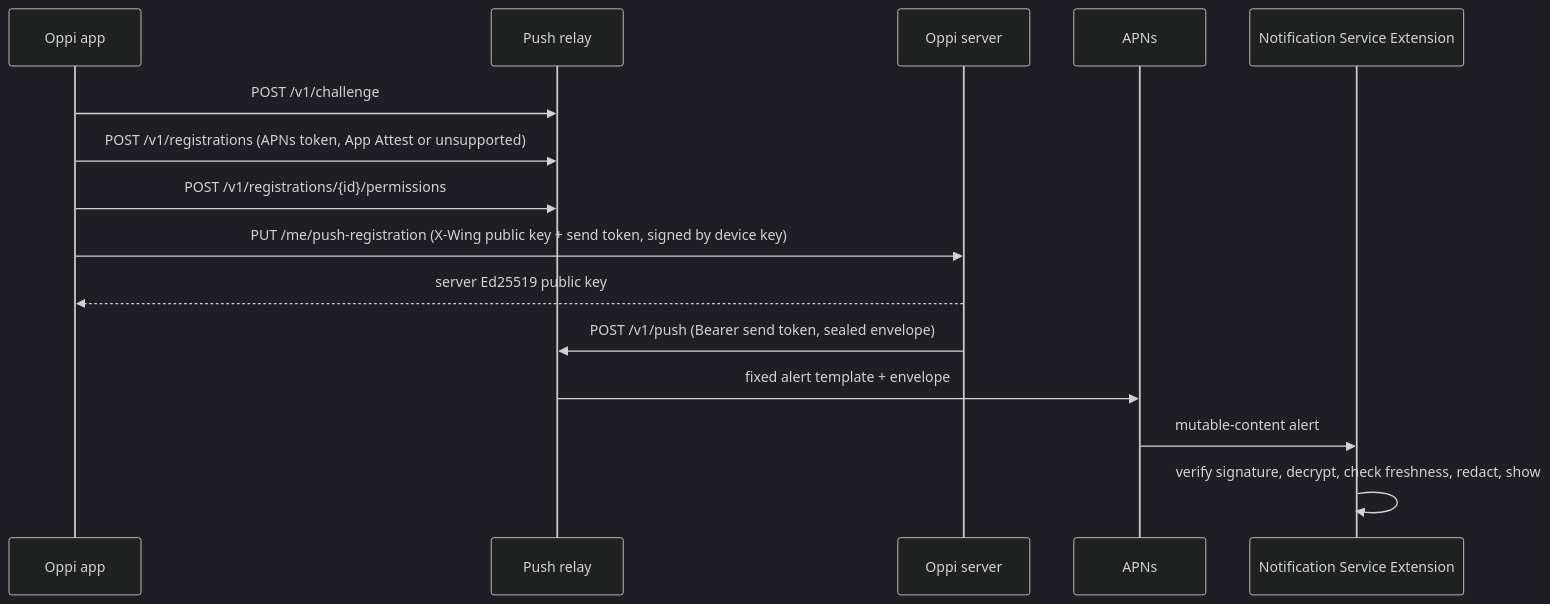
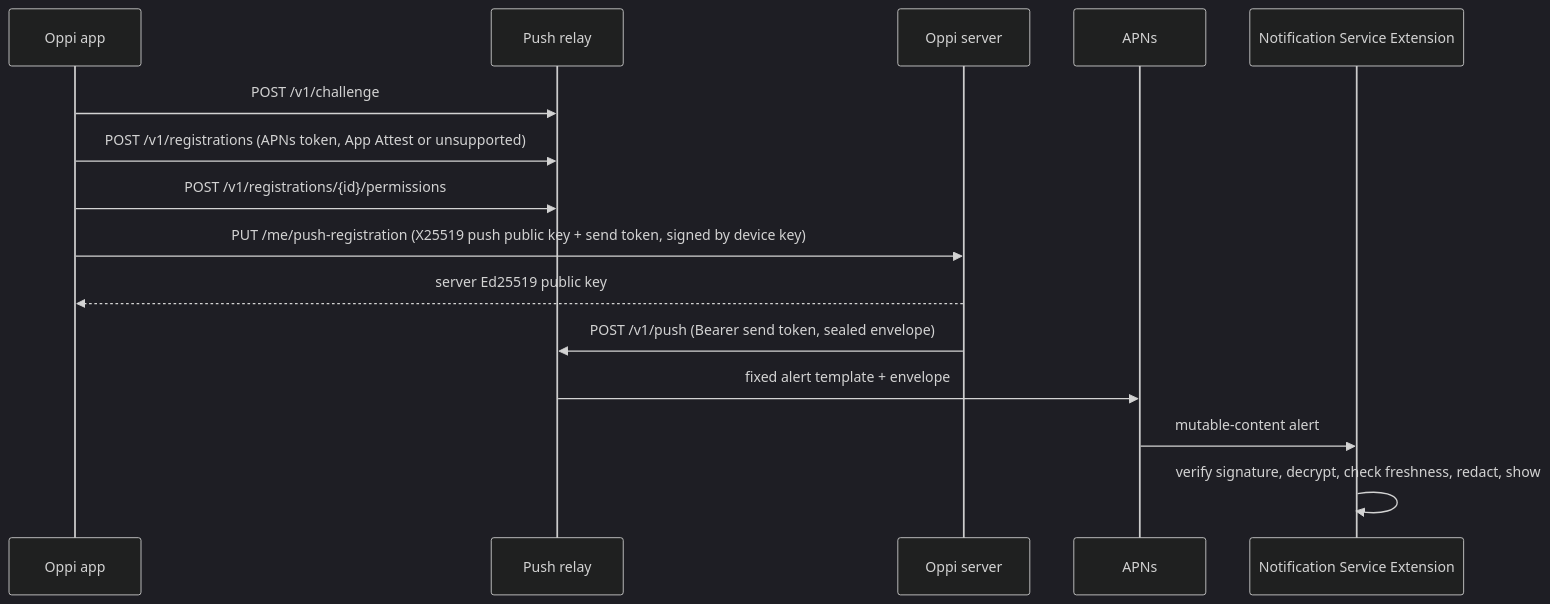
One commit to duh17/oppi changed the diagram in protocol/push/spec.md. Above: the diagram before and after it, drawn with Mermaid (dark theme). The commit also changed other lines of this file and 32 other files, not shown here.

````diff
--- a/protocol/push/spec.md
+++ b/protocol/push/spec.md
@@ -14,17 +14,17 @@
 ```mermaid
 sequenceDiagram
   participant App as Oppi app
   participant Relay as Push relay
   participant Srv as Oppi server
   participant APNs
   participant NSE as Notification Service Extension
   App->>Relay: POST /v1/challenge
   App->>Relay: POST /v1/registrations (APNs token, App Attest or unsupported)
   App->>Relay: POST /v1/registrations/{id}/permissions
-  App->>Srv: PUT /me/push-registration (X-Wing public key + send token, signed by device key)
+  App->>Srv: PUT /me/push-registration (X25519 push public key + send token, signed by device key)
   Srv-->>App: server Ed25519 public key
   Srv->>Relay: POST /v1/push (Bearer send token, sealed envelope)
   Relay->>APNs: fixed alert template + envelope
   APNs->>NSE: mutable-content alert
   NSE->>NSE: verify signature, decrypt, check freshness, redact, show
 ```
````
